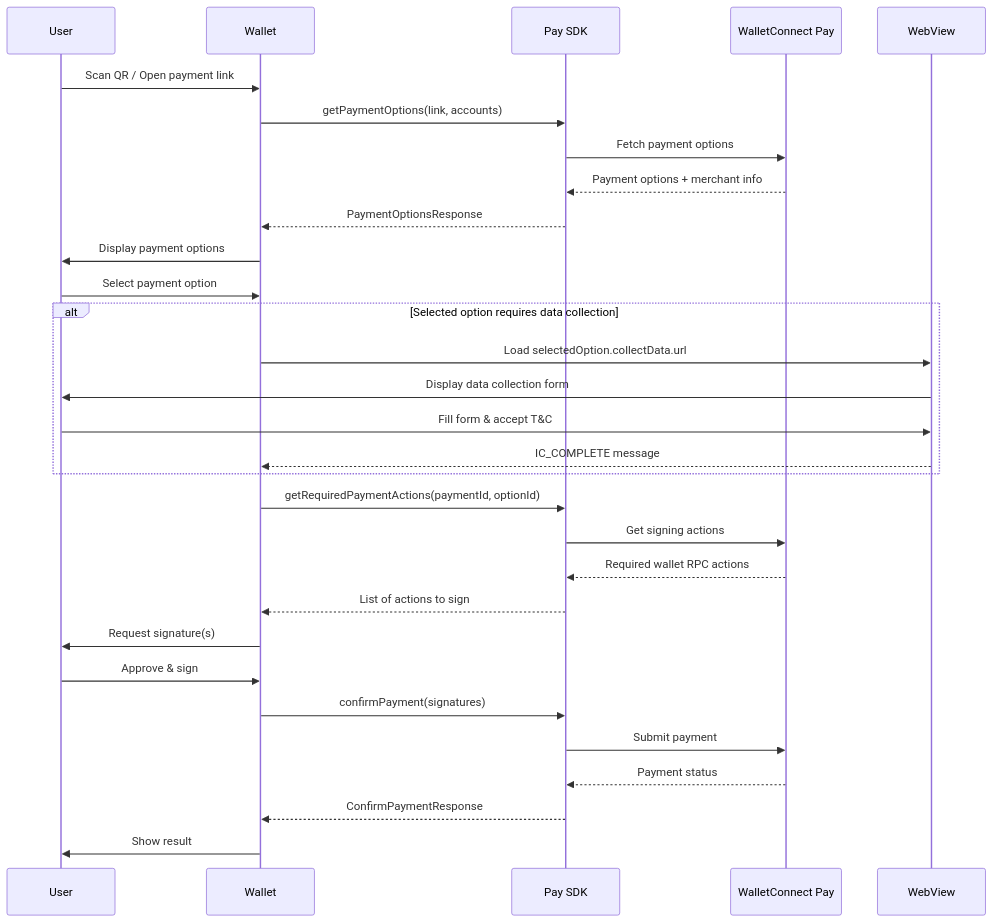
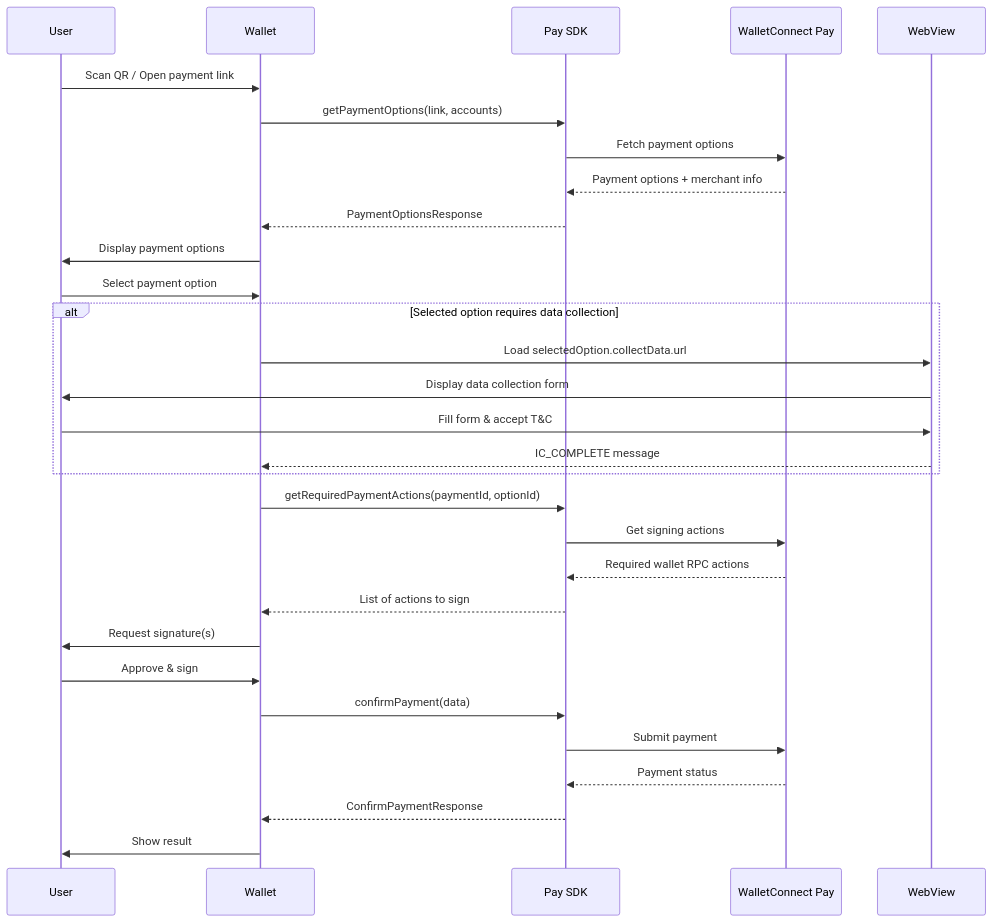
Before and after one commit to WalletConnect/docs: the diagram in payments/wallets/standalone/kotlin.mdx, drawn with Mermaid. The commit also changed other lines of this file and 20 other files, not shown here.

First line of the commit message:
docs(pay): confirmPayment data parameter, Tron support guide, SDK minimum versions

````diff
--- a/payments/wallets/standalone/kotlin.mdx
+++ b/payments/wallets/standalone/kotlin.mdx
@@ -125,38 +126,38 @@
 ```mermaid
 sequenceDiagram
     participant User
     participant Wallet
     participant PaySDK as Pay SDK
     participant Backend as WalletConnect Pay
     participant WebView
 
     User->>Wallet: Scan QR / Open payment link
     Wallet->>PaySDK: getPaymentOptions(link, accounts)
     PaySDK->>Backend: Fetch payment options
     Backend-->>PaySDK: Payment options + merchant info
     PaySDK-->>Wallet: PaymentOptionsResponse
     Wallet->>User: Display payment options
 
     User->>Wallet: Select payment option
 
     alt Selected option requires data collection
         Wallet->>WebView: Load selectedOption.collectData.url
         WebView->>User: Display data collection form
         User->>WebView: Fill form & accept T&C
         WebView-->>Wallet: IC_COMPLETE message
     end
 
     Wallet->>PaySDK: getRequiredPaymentActions(paymentId, optionId)
     PaySDK->>Backend: Get signing actions
     Backend-->>PaySDK: Required wallet RPC actions
     PaySDK-->>Wallet: List of actions to sign
 
     Wallet->>User: Request signature(s)
     User->>Wallet: Approve & sign
 
-    Wallet->>PaySDK: confirmPayment(signatures)
+    Wallet->>PaySDK: confirmPayment(data)
     PaySDK->>Backend: Submit payment
     Backend-->>PaySDK: Payment status
     PaySDK-->>Wallet: ConfirmPaymentResponse
     Wallet->>User: Show result
 ```
````
